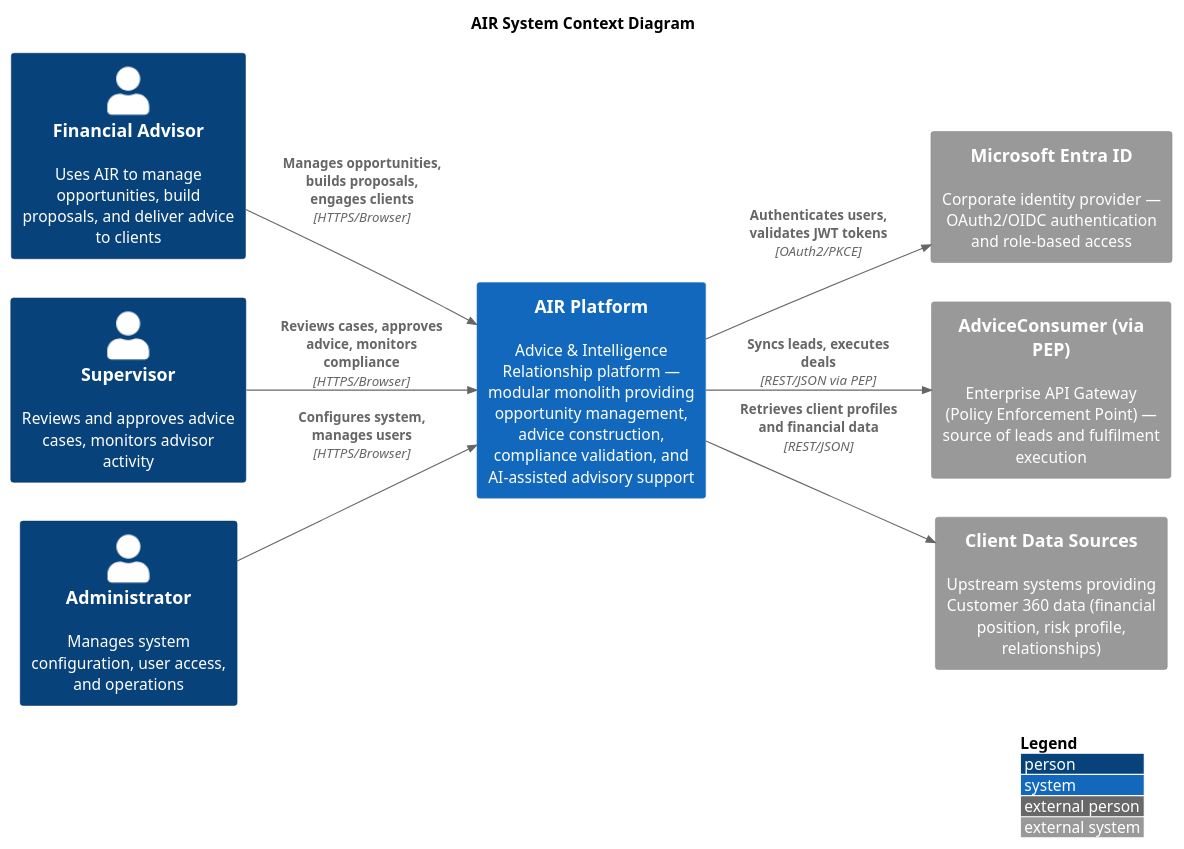
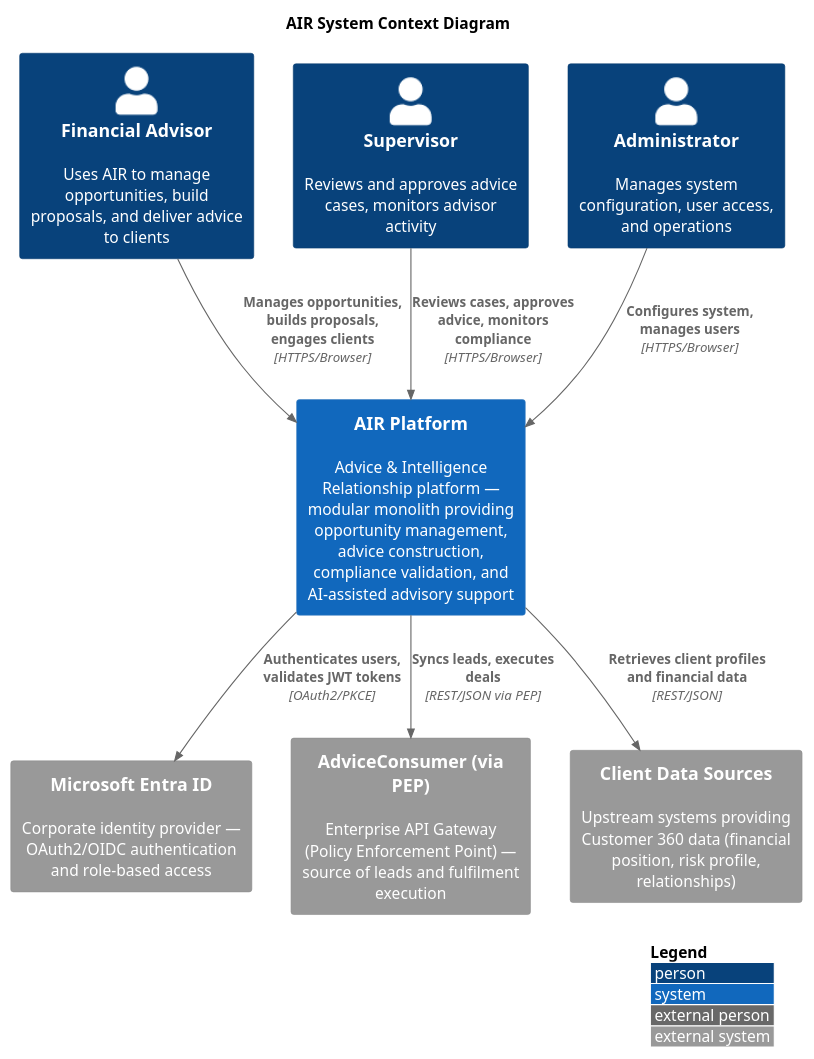
One commit to ChrisLangsfordEn/obsidian-vault changed the diagram in 03-Projects/AIR/SAD/Diagrams/Context.md. Above: the diagram before and after it, drawn with PlantUML. The commit also changed 2 other files, not shown here.

Commit message:
vault backup: 2026-05-25 12:42:52

````diff
--- a/03-Projects/AIR/SAD/Diagrams/Context.md
+++ b/03-Projects/AIR/SAD/Diagrams/Context.md
@@ -1,34 +1,33 @@
 ```plantuml
 @startuml AIR_System_Context
 !include https://raw.githubusercontent.com/plantuml-stdlib/C4-PlantUML/master/C4_Context.puml
 
 LAYOUT_WITH_LEGEND()
-LAYOUT_LEFT_RIGHT()
 
 title AIR System Context Diagram
 
 ' === Tier 1: Actors (leftmost) ===
 Person(advisor, "Financial Advisor", "Uses AIR to manage opportunities, build proposals, and deliver advice to clients")
 Person(supervisor, "Supervisor", "Reviews and approves advice cases, monitors advisor activity")
 Person(admin, "Administrator", "Manages system configuration, user access, and operations")
 
 ' === Tier 2/3/4: Core System ===
 System(air, "AIR Platform", "Advice & Intelligence Relationship platform — modular monolith providing opportunity management, advice construction, compliance validation, and AI-assisted advisory support")
 
 ' === Tier 5: External Systems (rightmost) ===
 System_Ext(entraId, "Microsoft Entra ID", "Corporate identity provider — OAuth2/OIDC authentication and role-based access")
 System_Ext(pep, "AdviceConsumer (via PEP)", "Enterprise API Gateway (Policy Enforcement Point) — source of leads and fulfilment execution")
 System_Ext(clientSystems, "Client Data Sources", "Upstream systems providing Customer 360 data (financial position, risk profile, relationships)")
 
 ' === Relationships: Actors -> System ===
 Rel(advisor, air, "Manages opportunities, builds proposals, engages clients", "HTTPS/Browser")
 Rel(supervisor, air, "Reviews cases, approves advice, monitors compliance", "HTTPS/Browser")
 Rel(admin, air, "Configures system, manages users", "HTTPS/Browser")
 
 ' === Relationships: System -> External ===
 Rel(air, entraId, "Authenticates users, validates JWT tokens", "OAuth2/PKCE")
 Rel(air, pep, "Syncs leads, executes deals", "REST/JSON via PEP")
 Rel(air, clientSystems, "Retrieves client profiles and financial data", "REST/JSON")
 
 @enduml
 ```
````
